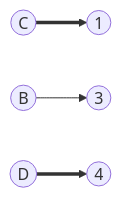
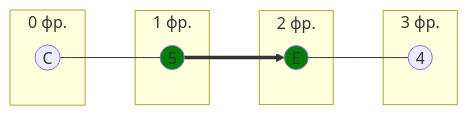
Diagram 12 of 14 in Задание 8/task8.md (algos-ris-24-3/manual-tasks), drawn with Mermaid before and after one commit. The commit also changed other lines of this file, not shown here.

````diff
--- a/Задание 8/task8.md
+++ b/Задание 8/task8.md
@@ -244,6 +486,19 @@
 ```mermaid
 graph LR
-    C((C)) ==> n1((1))
-    B((B)) --> n3((3))
-    D((D)) ==> n4((4))
+    subgraph " 0 фр."
+        C((C))
+    end
+    subgraph " 1 фр."
+        5((5))
+    end
+    subgraph " 2 фр."
+        E((E))
+    end
+    subgraph " 3 фр."
+        4((4))
+    end
+    C --- 5 ==> E --- 4
+
+    style E fill:#008000
+    style 5 fill:#008000
 ```
````
